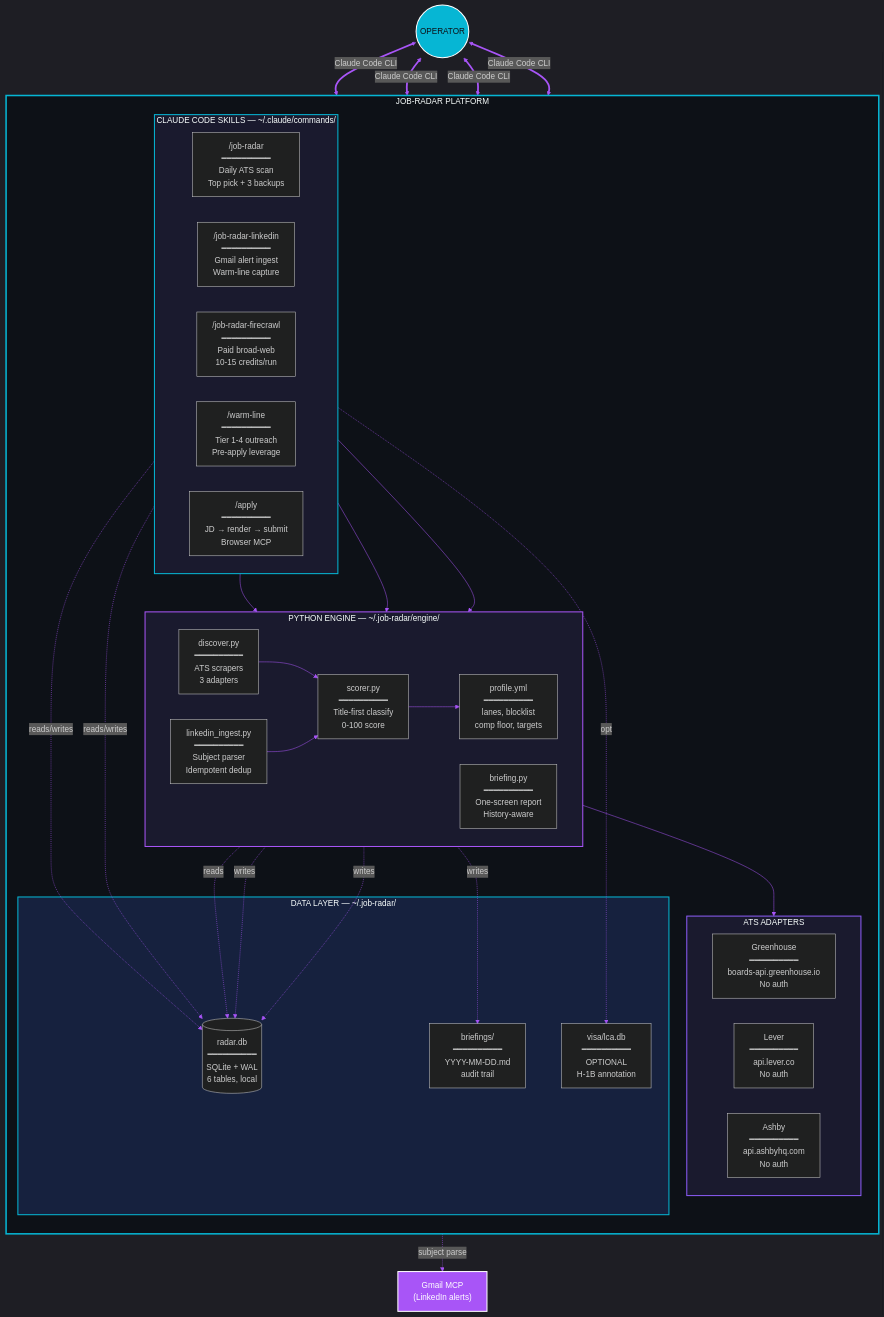
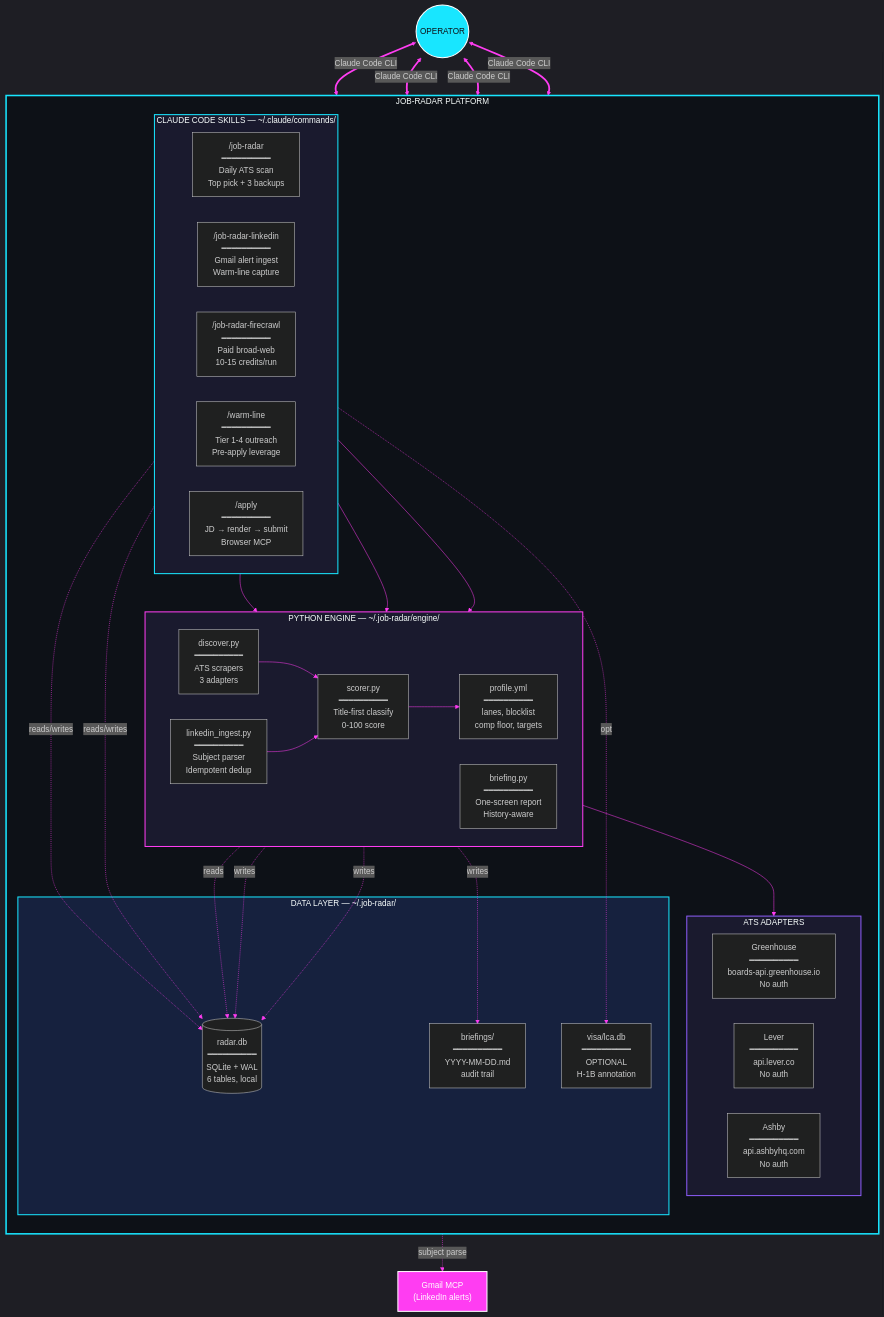
Before and after one commit to Dicoangelo/job-radar-production: the first of 2 diagrams in README.md, drawn with Mermaid. The commit also changed other lines of this file and 2 other files, not shown here.

Commit message:
Brand pass: align radar site to canonical Metaventions AI identity
- Swap favicon + nav/footer mark to the triangle/M logo used on
  metaventionsai.com and sibling sites
- Retune palette to brand gradient #FF3DF2 -> #7B2CFF -> #18E6FF
  (was a generic #a855f7 -> #6366f1 -> #06b6d4)
- Rebuild og.svg with the real logo mark + brand colors
- Remap 52 hard-coded color literals (architecture diagram, orbs,
  badges, mermaid graphs in README)
- Update meta theme-color to brand purple

````diff
--- a/README.md
+++ b/README.md
@@ -79,69 +79,69 @@
 ```mermaid
-%%{init: {'theme': 'dark', 'themeVariables': { 'primaryColor': '#06b6d4', 'primaryTextColor': '#fff', 'primaryBorderColor': '#06b6d4', 'lineColor': '#a855f7', 'secondaryColor': '#1a1a2e', 'tertiaryColor': '#0d1117', 'clusterBkg': '#0d1117', 'clusterBorder': '#06b6d4'}}}%%
+%%{init: {'theme': 'dark', 'themeVariables': { 'primaryColor': '#18E6FF', 'primaryTextColor': '#fff', 'primaryBorderColor': '#18E6FF', 'lineColor': '#FF3DF2', 'secondaryColor': '#1a1a2e', 'tertiaryColor': '#0d1117', 'clusterBkg': '#0d1117', 'clusterBorder': '#18E6FF'}}}%%
 flowchart TB
     subgraph PLATFORM["JOB-RADAR PLATFORM"]
         direction TB
 
         subgraph SKILLS["CLAUDE CODE SKILLS — ~/.claude/commands/"]
             direction LR
             RADAR["/job-radar<br/>━━━━━━━━━━<br/>Daily ATS scan<br/>Top pick + 3 backups"]
             LINKEDIN["/job-radar-linkedin<br/>━━━━━━━━━━<br/>Gmail alert ingest<br/>Warm-line capture"]
             FIRECRAWL["/job-radar-firecrawl<br/>━━━━━━━━━━<br/>Paid broad-web<br/>10-15 credits/run"]
             WARMLINE["/warm-line<br/>━━━━━━━━━━<br/>Tier 1-4 outreach<br/>Pre-apply leverage"]
             APPLY["/apply<br/>━━━━━━━━━━<br/>JD → render → submit<br/>Browser MCP"]
         end
 
         subgraph ENGINE["PYTHON ENGINE — ~/.job-radar/engine/"]
             direction LR
             CONFIG["profile.yml<br/>━━━━━━━━━━<br/>lanes, blocklist<br/>comp floor, targets"]
             SCORER["scorer.py<br/>━━━━━━━━━━<br/>Title-first classify<br/>0-100 score"]
             DISCOVER["discover.py<br/>━━━━━━━━━━<br/>ATS scrapers<br/>3 adapters"]
             BRIEFING["briefing.py<br/>━━━━━━━━━━<br/>One-screen report<br/>History-aware"]
             INGEST["linkedin_ingest.py<br/>━━━━━━━━━━<br/>Subject parser<br/>Idempotent dedup"]
         end
 
         subgraph ATS["ATS ADAPTERS"]
             direction LR
             GH["Greenhouse<br/>━━━━━━━━━━<br/>boards-api.greenhouse.io<br/>No auth"]
             LV["Lever<br/>━━━━━━━━━━<br/>api.lever.co<br/>No auth"]
             AS["Ashby<br/>━━━━━━━━━━<br/>api.ashbyhq.com<br/>No auth"]
         end
 
         subgraph DATA["DATA LAYER — ~/.job-radar/"]
             DB[("radar.db<br/>━━━━━━━━━━<br/>SQLite + WAL<br/>6 tables, local")]
             BRIEFINGS["briefings/<br/>━━━━━━━━━━<br/>YYYY-MM-DD.md<br/>audit trail"]
             VISA["visa/lca.db<br/>━━━━━━━━━━<br/>OPTIONAL<br/>H-1B annotation"]
         end
     end
 
     OPERATOR(("OPERATOR"))
     GMAIL["Gmail MCP<br/>(LinkedIn alerts)"]
 
     OPERATOR <==>|"Claude Code CLI"| RADAR
     OPERATOR <==>|"Claude Code CLI"| LINKEDIN
     OPERATOR <==>|"Claude Code CLI"| WARMLINE
     OPERATOR <==>|"Claude Code CLI"| APPLY
     LINKEDIN -.->|"subject parse"| GMAIL
     RADAR --> DISCOVER
     RADAR --> BRIEFING
     LINKEDIN --> INGEST
     DISCOVER --> ATS
     DISCOVER --> SCORER
     INGEST --> SCORER
     SCORER --> CONFIG
     DISCOVER -.->|"writes"| DB
     INGEST -.->|"writes"| DB
     BRIEFING -.->|"reads"| DB
     BRIEFING -.->|"writes"| BRIEFINGS
     WARMLINE -.->|"reads/writes"| DB
     APPLY -.->|"reads/writes"| DB
     APPLY -.->|"opt"| VISA
 
-    style PLATFORM fill:#0d1117,stroke:#06b6d4,stroke-width:3px
-    style SKILLS fill:#1a1a2e,stroke:#06b6d4,stroke-width:2px
-    style ENGINE fill:#1a1a2e,stroke:#a855f7,stroke-width:2px
+    style PLATFORM fill:#0d1117,stroke:#18E6FF,stroke-width:3px
+    style SKILLS fill:#1a1a2e,stroke:#18E6FF,stroke-width:2px
+    style ENGINE fill:#1a1a2e,stroke:#FF3DF2,stroke-width:2px
     style ATS fill:#1a1a2e,stroke:#8b5cf6,stroke-width:2px
-    style DATA fill:#16213e,stroke:#06b6d4,stroke-width:2px
-    style OPERATOR fill:#06b6d4,stroke:#fff,stroke-width:2px,color:#0d1117
-    style GMAIL fill:#a855f7,stroke:#fff,stroke-width:2px,color:#fff
+    style DATA fill:#16213e,stroke:#18E6FF,stroke-width:2px
+    style OPERATOR fill:#18E6FF,stroke:#fff,stroke-width:2px,color:#0d1117
+    style GMAIL fill:#FF3DF2,stroke:#fff,stroke-width:2px,color:#fff
 ```
````
